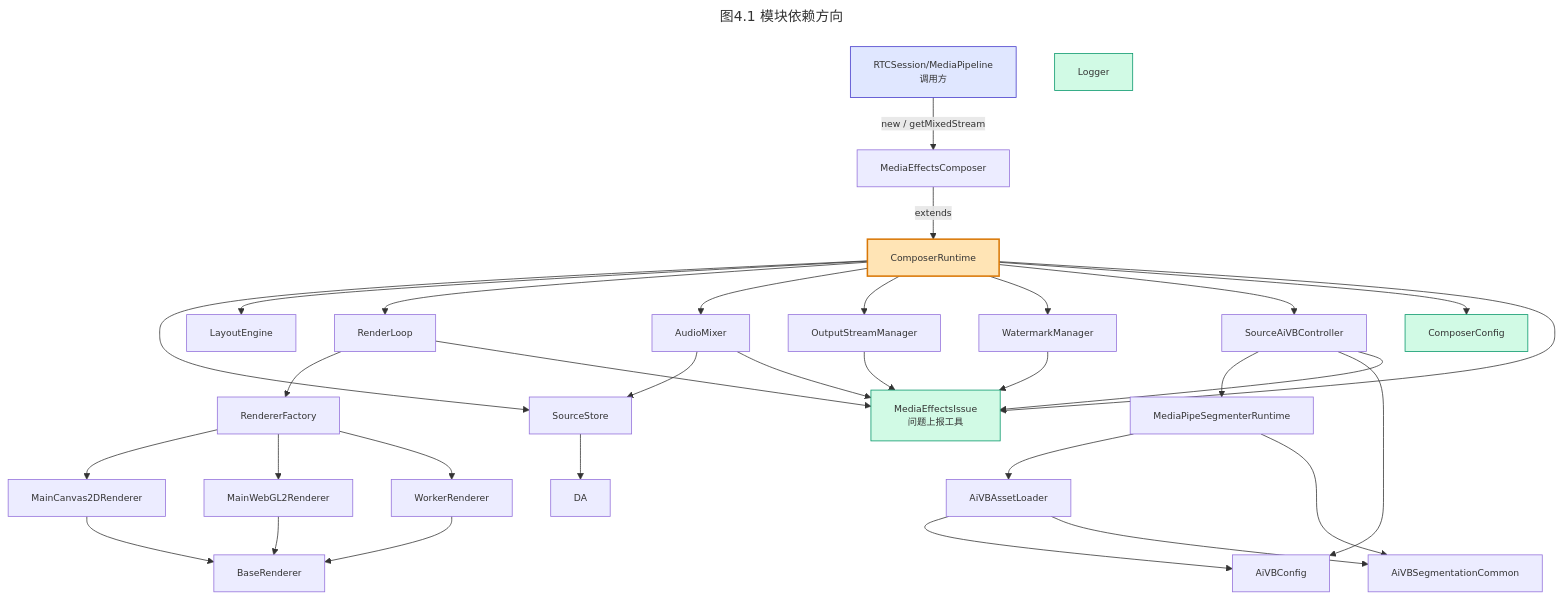
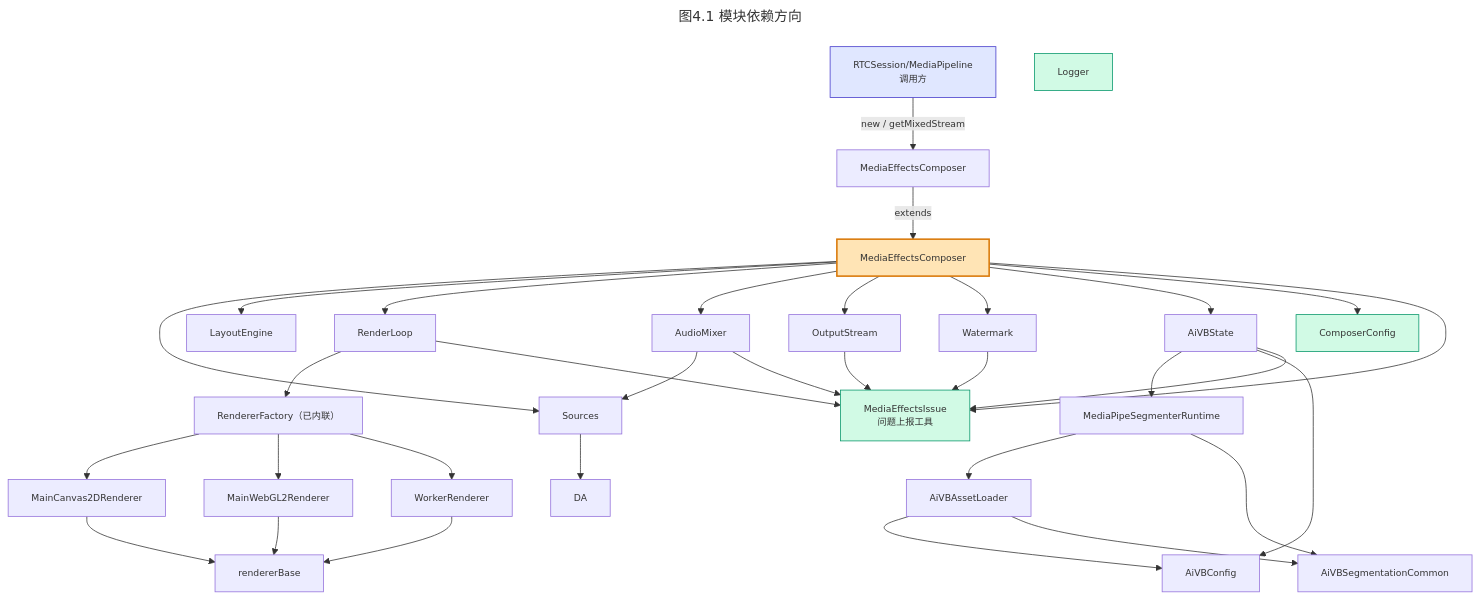
The third of 19 diagrams in docs/MediaEffectsComposer-学习手册.md (lei40251/JsSIP), drawn with Mermaid before and after one commit. The commit also changed other lines of this file and 72 other files, not shown here.

First line of the commit message:
refactor: 合并精简 MediaEffectsComposer/AiNS/BFCP 模块，消除过度抽象层

```diff
--- a/docs/MediaEffectsComposer-学习手册.md
+++ b/docs/MediaEffectsComposer-学习手册.md
@@ -211,23 +197,23 @@
 
     %% 门面
     MEC["MediaEffectsComposer"]
-    CRT["ComposerRuntime"]
+    CRT["MediaEffectsComposer"]
     CFG["ComposerConfig"]
     ISS["MediaEffectsIssue<br/>问题上报工具"]
     LOG["Logger"]
 
     %% 子模块
-    SS["SourceStore"]
+    SS["Sources"]
     LE["LayoutEngine"]
     RL["RenderLoop"]
     AM["AudioMixer"]
-    OM["OutputStreamManager"]
-    WM["WatermarkManager"]
-    AVB["SourceAiVBController"]
+    OM["OutputStream"]
+    WM["Watermark"]
+    AVB["AiVBState"]
 
     %% 渲染
-    RF["RendererFactory"]
-    BR["BaseRenderer"]
+    RF["RendererFactory（已内联）"]
+    BR["rendererBase"]
     M2D["MainCanvas2DRenderer"]
     MWG["MainWebGL2Renderer"]
     WR["WorkerRenderer"]
```
